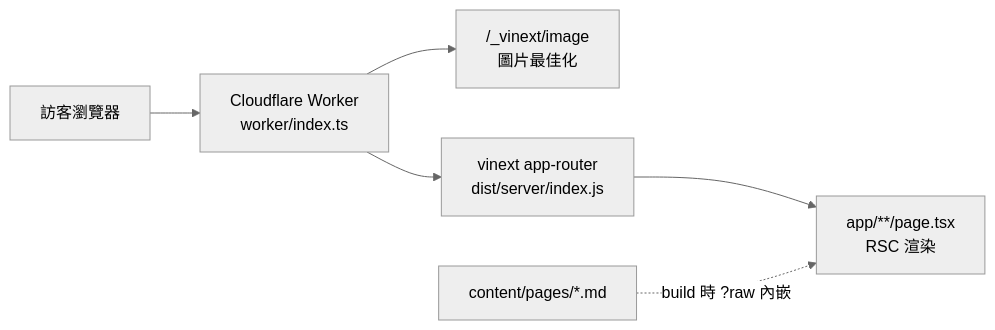
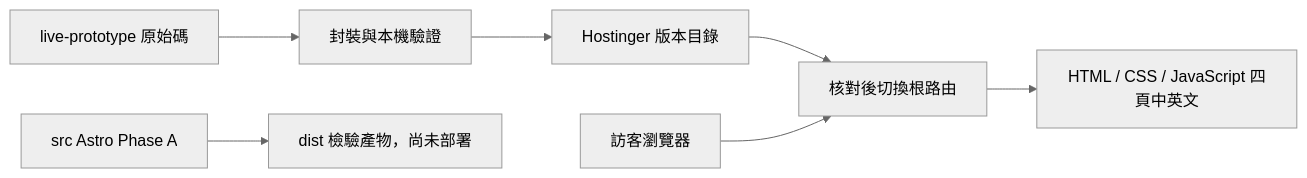
Before and after one commit to LinthDale/synaiq-web: the diagram in docs/guidelines/PRD-Guideline-Web.md, drawn with Mermaid (neutral theme). The commit also changed other lines of this file and 28 other files, not shown here.

````diff
--- a/docs/guidelines/PRD-Guideline-Web.md
+++ b/docs/guidelines/PRD-Guideline-Web.md
@@ -97,8 +97,9 @@
 ```mermaid
 flowchart LR
-  U["訪客瀏覽器"] --> W["Cloudflare Worker<br/>worker/index.ts"]
-  W --> IMG["/_vinext/image<br/>圖片最佳化"]
-  W --> R["vinext app-router<br/>dist/server/index.js"]
-  R --> P["app/**/page.tsx<br/>RSC 渲染"]
-  MD["content/pages/*.md"] -. "build 時 ?raw 內嵌" .-> P
+  S["live-prototype 原始碼"] --> B["封裝與本機驗證"]
+  B --> R["Hostinger 版本目錄"]
+  R --> G["核對後切換根路由"]
+  U["訪客瀏覽器"] --> G
+  G --> P["HTML / CSS / JavaScript 四頁中英文"]
+  A["src Astro Phase A"] --> D["dist 檢驗產物，尚未部署"]
 ```
````
